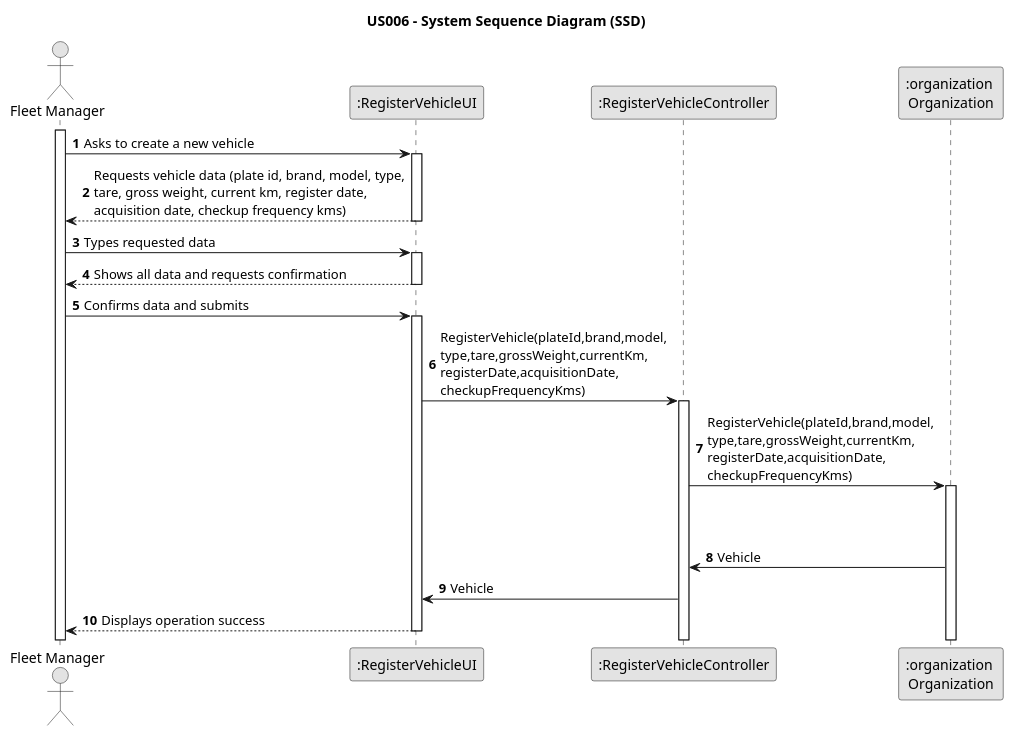
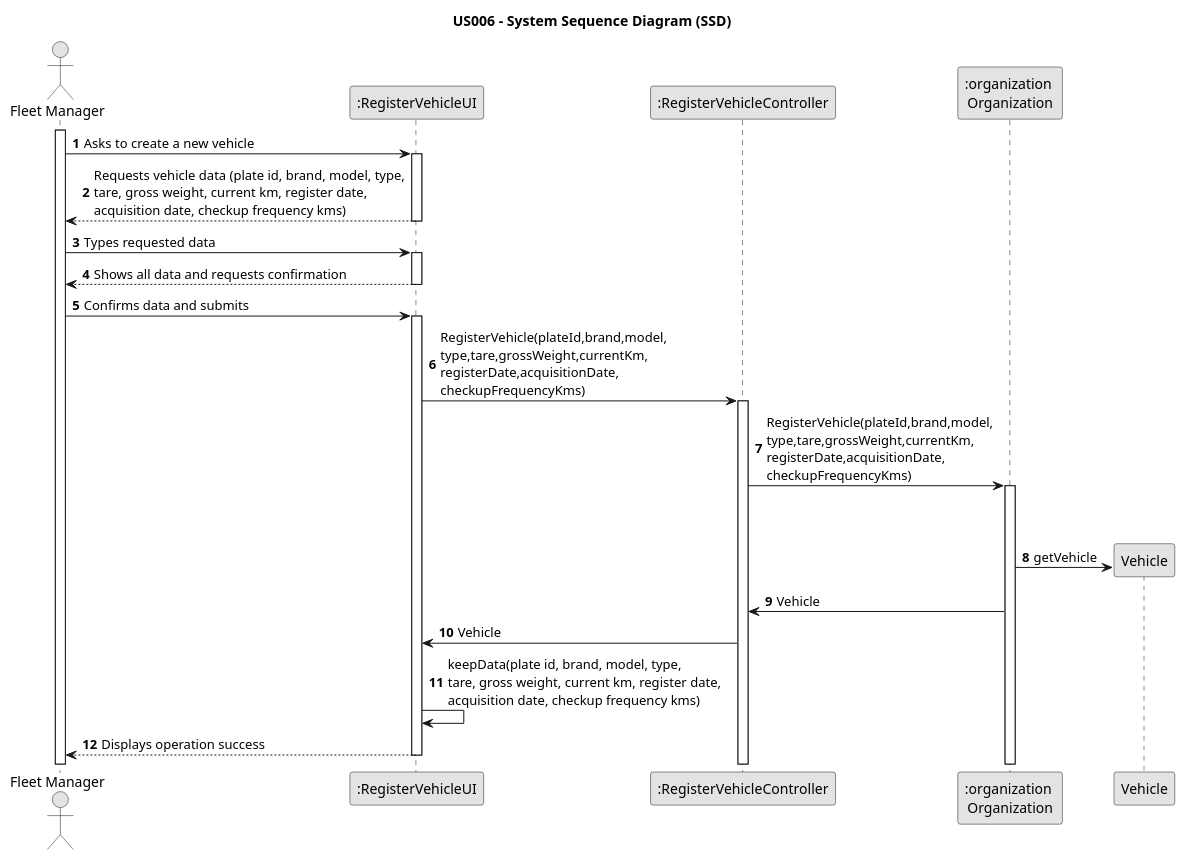
Before and after one commit to Rui-San/LAPR2_2023_2024: the diagram in docs/sprintB/us006/03.design/puml/us006-system-sequence-diagram.puml, drawn with PlantUML. The commit also changed 3 other files, not shown here.

Commit message:
US006: Added a svg file of System sequence diagram

```diff
--- a/docs/sprintB/us006/03.design/puml/us006-system-sequence-diagram.puml
+++ b/docs/sprintB/us006/03.design/puml/us006-system-sequence-diagram.puml
@@ -1,45 +1,48 @@
 @startuml
 skinparam monochrome true
 skinparam packageStyle rectangle
 skinparam shadowing false
 
 title US006 - System Sequence Diagram (SSD)
 
 autonumber
 
 actor "Fleet Manager" as Employee
 participant ":RegisterVehicleUI" as System
 participant ":RegisterVehicleController" as CTRL
 participant ":organization \nOrganization" as ORG
 
 activate Employee
 
     Employee -> System : Asks to create a new vehicle
     activate System
 
 System --> Employee : Requests vehicle data (plate id, brand, model, type,\ntare, gross weight, current km, register date,\nacquisition date, checkup frequency kms)
     deactivate System
 
 
     Employee -> System : Types requested data
     activate System
 
         System --> Employee : Shows all data and requests confirmation
     deactivate System
 
     Employee -> System : Confirms data and submits
     activate System
         System->CTRL :RegisterVehicle(plateId,brand,model,\ntype,tare,grossWeight,currentKm,\nregisterDate,acquisitionDate,\ncheckupFrequencyKms)
         activate CTRL
             CTRL->ORG :RegisterVehicle(plateId,brand,model,\ntype,tare,grossWeight,currentKm,\nregisterDate,acquisitionDate,\ncheckupFrequencyKms)
             |||
             |||
             activate ORG
-            ORG->CTRL:Vehicle
+               ORG->Vehicle**: getVehicle
+            ORG->CTRL: Vehicle
             CTRL->System: Vehicle
+            System->System: keepData(plate id, brand, model, type,\ntare, gross weight, current km, register date,\nacquisition date, checkup frequency kms)
         System --> Employee : Displays operation success
     deactivate System
 
 
 
+
 @enduml
```
